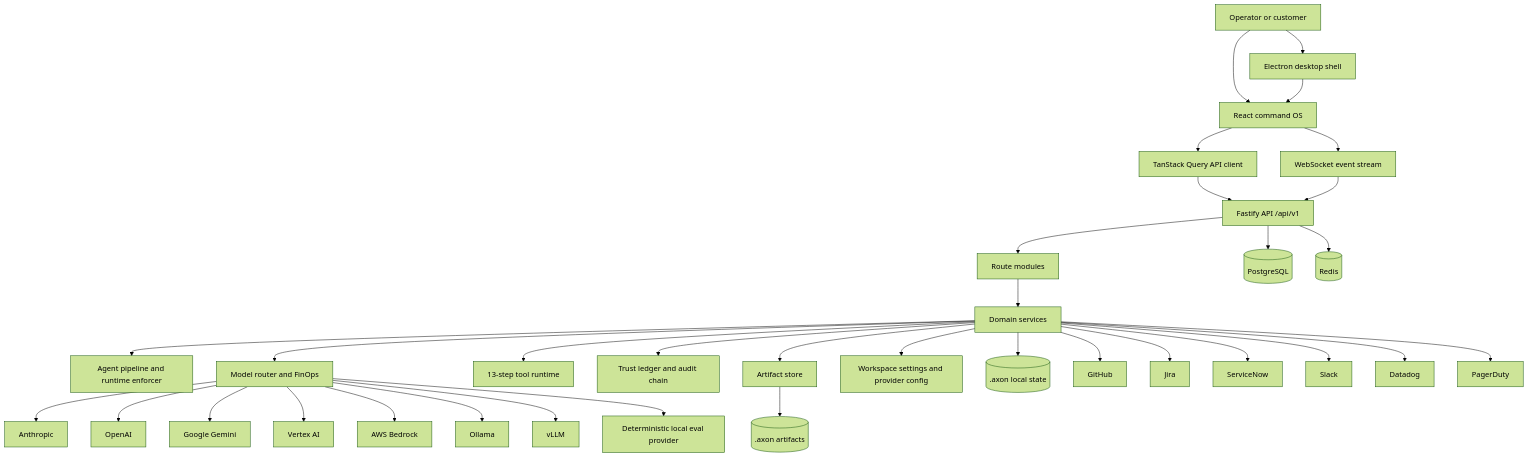
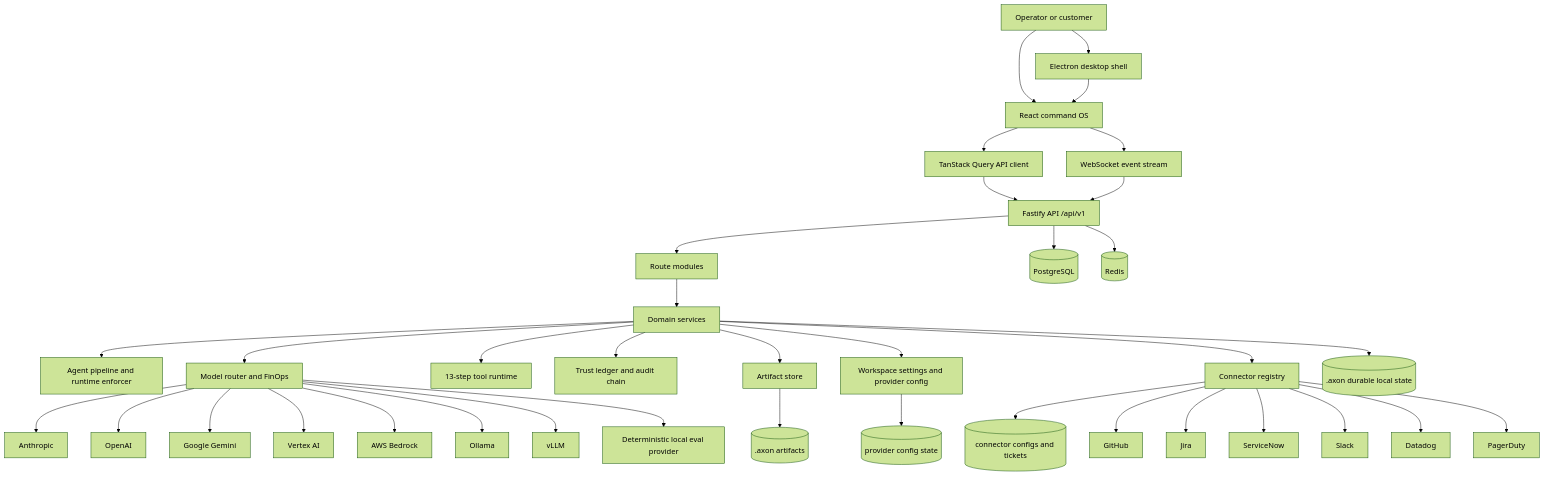
The first of 7 diagrams in README.md (Cholarajarp/AXON-IT-Agentic-OS), drawn with Mermaid (forest theme) before and after one commit. The commit also changed other lines of this file and 131 other files, not shown here.

````diff
--- a/README.md
+++ b/README.md
@@ -68,40 +95,43 @@
 ```mermaid
 flowchart TB
   Operator[Operator or customer] --> Web[React command OS]
   Operator --> Desktop[Electron desktop shell]
   Desktop --> Web
   Web --> Query[TanStack Query API client]
   Web --> WS[WebSocket event stream]
   Query --> API[Fastify API /api/v1]
   WS --> API
 
   API --> Routes[Route modules]
   Routes --> Services[Domain services]
   Services --> AgentRuntime[Agent pipeline and runtime enforcer]
   Services --> ModelRouter[Model router and FinOps]
   Services --> ToolRuntime[13-step tool runtime]
   Services --> Ledger[Trust ledger and audit chain]
   Services --> ArtifactStore[Artifact store]
   Services --> Settings[Workspace settings and provider config]
+  Services --> ConnectorRegistry[Connector registry]
 
   API --> Postgres[(PostgreSQL)]
   API --> Redis[(Redis)]
-  Services --> LocalState[(.axon local state)]
+  Services --> LocalState[(.axon durable local state)]
+  ConnectorRegistry --> ConnectorState[(connector configs and tickets)]
+  Settings --> ProviderState[(provider config state)]
   ArtifactStore --> LocalArtifacts[(.axon artifacts)]
 
   ModelRouter --> Anthropic[Anthropic]
   ModelRouter --> OpenAI[OpenAI]
   ModelRouter --> Google[Google Gemini]
   ModelRouter --> Vertex[Vertex AI]
   ModelRouter --> Bedrock[AWS Bedrock]
   ModelRouter --> Ollama[Ollama]
   ModelRouter --> VLLM[vLLM]
   ModelRouter --> LocalMock[Deterministic local eval provider]
 
-  Services --> GitHub[GitHub]
-  Services --> Jira[Jira]
-  Services --> ServiceNow[ServiceNow]
-  Services --> Slack[Slack]
-  Services --> Datadog[Datadog]
-  Services --> PagerDuty[PagerDuty]
+  ConnectorRegistry --> GitHub[GitHub]
+  ConnectorRegistry --> Jira[Jira]
+  ConnectorRegistry --> ServiceNow[ServiceNow]
+  ConnectorRegistry --> Slack[Slack]
+  ConnectorRegistry --> Datadog[Datadog]
+  ConnectorRegistry --> PagerDuty[PagerDuty]
 ```
````
